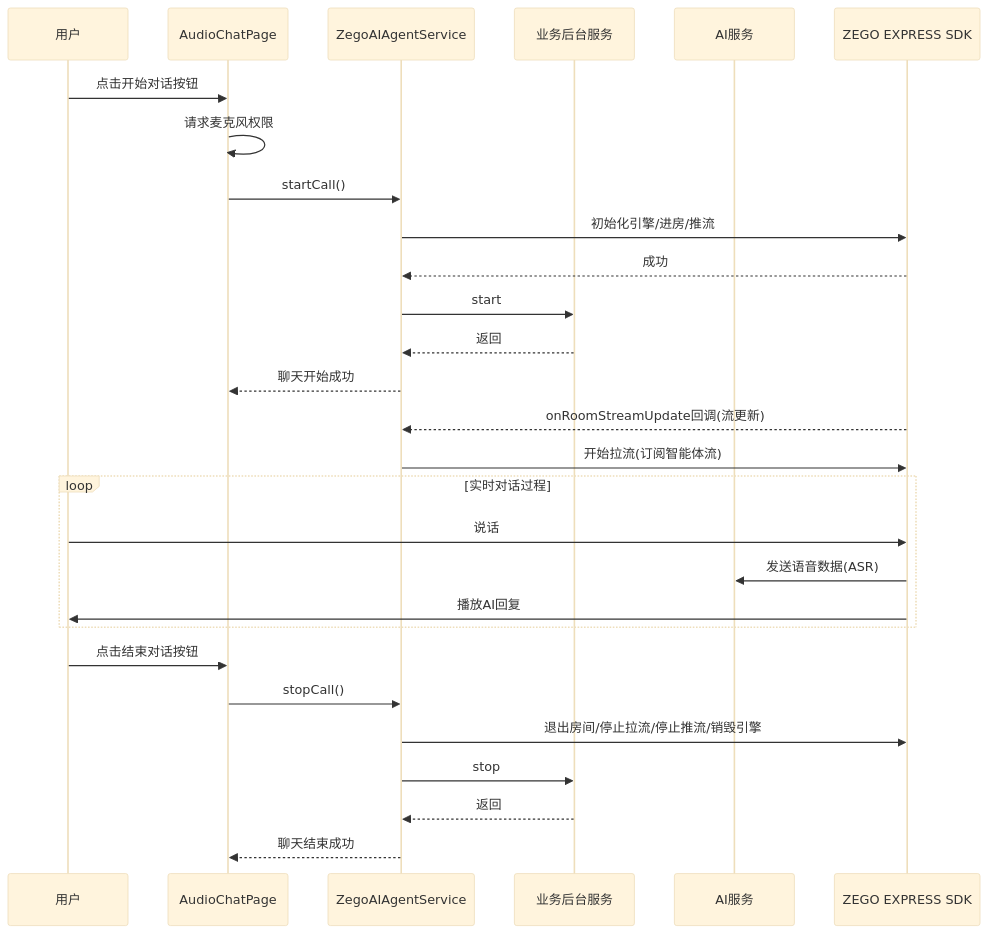
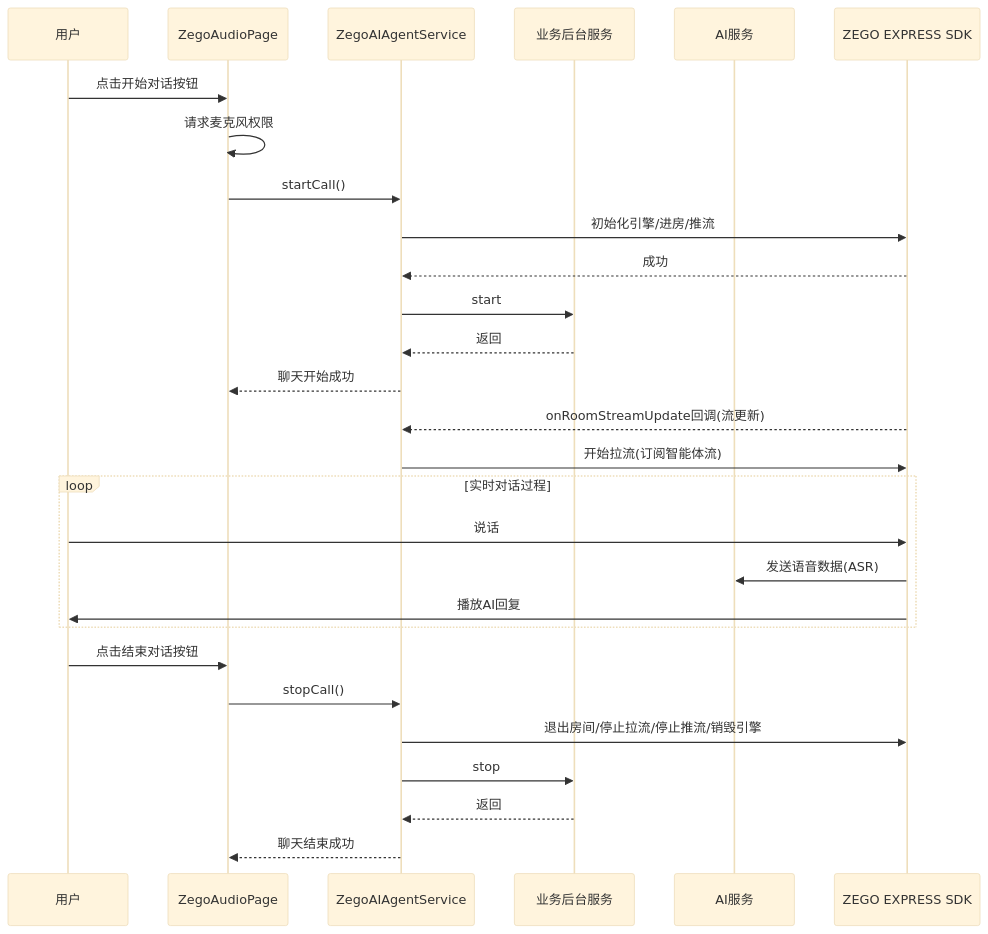
The diagram in flutter/README.md (ZEGOCLOUD/ai_agent_quick_start), drawn with Mermaid (base theme) before and after one commit. The commit also changed other lines of this file, not shown here.

Commit message:
更新文档

````diff
--- a/flutter/README.md
+++ b/flutter/README.md
@@ -43,33 +43,33 @@
 ```mermaid
 sequenceDiagram
     participant User as 用户
-    participant AudioPage as AudioChatPage
+    participant AudioPage as ZegoAudioPage
     participant Service as ZegoAIAgentService
     participant BusinessServer as 业务后台服务
     participant PassServer as AI服务
     participant Express as ZEGO EXPRESS SDK
 
     User->>AudioPage: 点击开始对话按钮
     AudioPage->>AudioPage: 请求麦克风权限
     AudioPage->>Service: startCall()
     Service->>Express: 初始化引擎/进房/推流
     Express-->>Service: 成功
     Service->>BusinessServer: start
     BusinessServer-->>Service: 返回
     Service-->>AudioPage: 聊天开始成功
     Express-->>Service: onRoomStreamUpdate回调(流更新)
     Service->>Express: 开始拉流(订阅智能体流)
   
     loop 实时对话过程
         User->>Express: 说话
         Express->>PassServer: 发送语音数据(ASR)
         Express->>User: 播放AI回复
     end
   
     User->>AudioPage: 点击结束对话按钮
     AudioPage->>Service: stopCall()
     Service->>Express: 退出房间/停止拉流/停止推流/销毁引擎
     Service->>BusinessServer: stop
     BusinessServer-->>Service: 返回
     Service-->>AudioPage: 聊天结束成功
 ```
````
